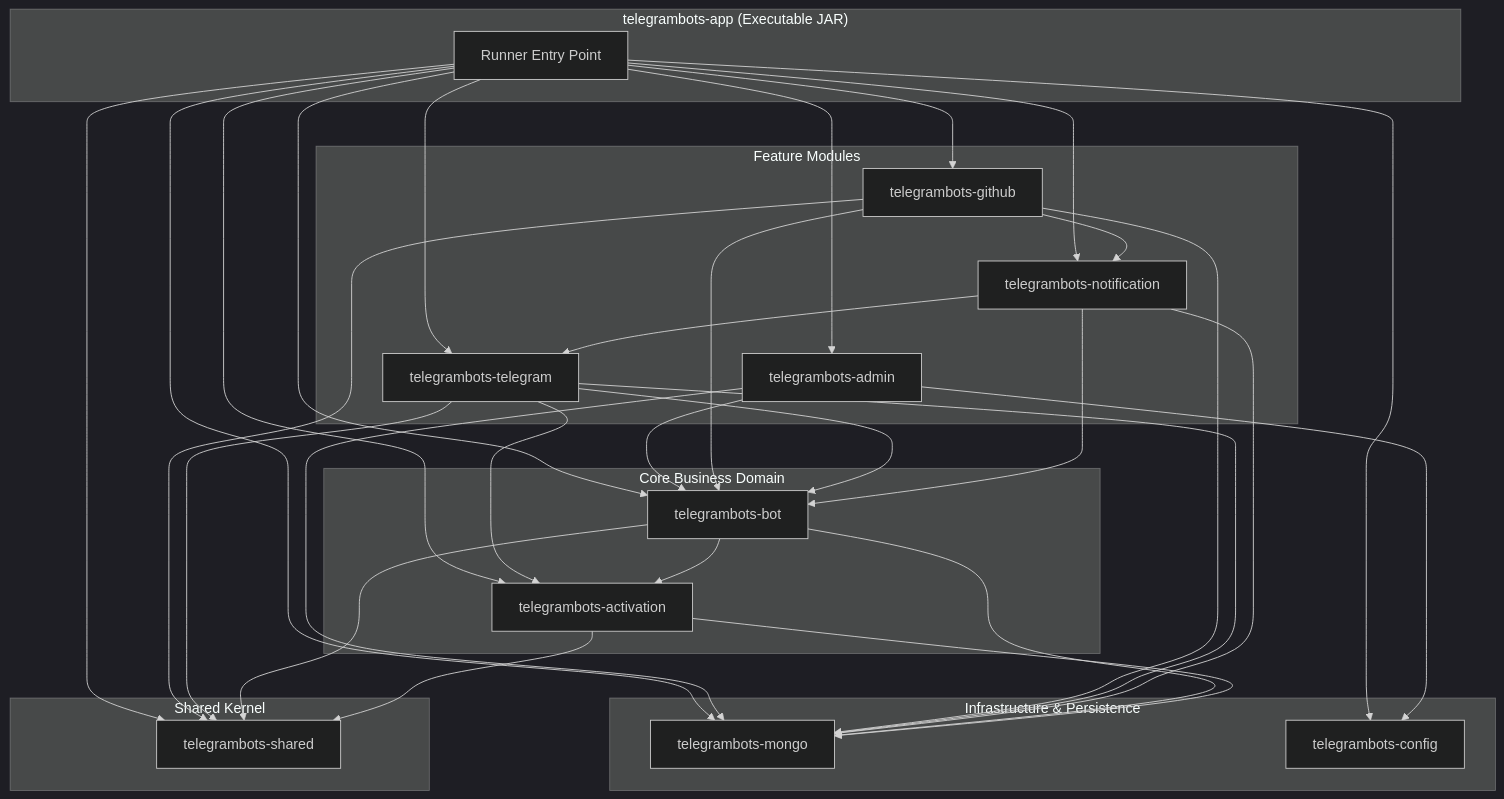
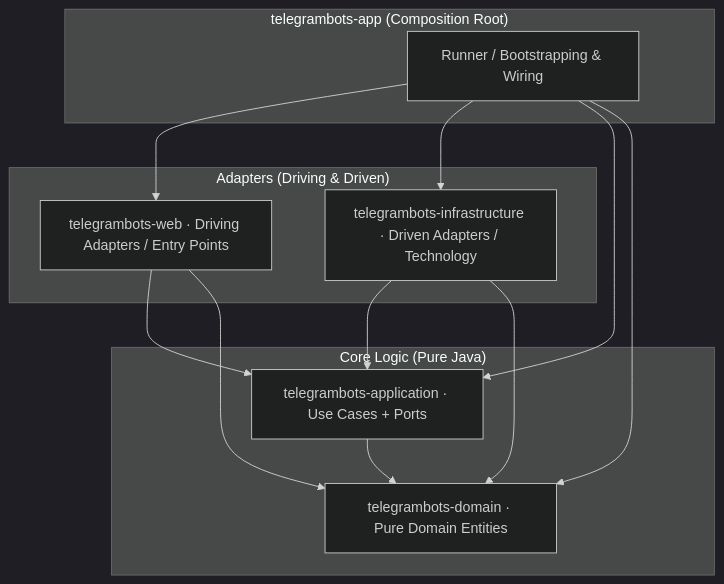
Before and after one commit to ldqanh1408/telegramsixsixsix: the second of 5 diagrams in docs/architecture/uml-design.md, drawn with Mermaid (dark theme). The commit also changed other lines of this file and 51 other files, not shown here.

Commit message:
Add steps for bot deletion and webhook management in the Telegram integration

````diff
--- a/docs/architecture/uml-design.md
+++ b/docs/architecture/uml-design.md
@@ -359,63 +359,30 @@
 ```mermaid
 graph TD
-    subgraph AppRunner["telegrambots-app (Executable JAR)"]
-        app[Runner Entry Point]
+    subgraph AppRunner["telegrambots-app (Composition Root)"]
+        app[Runner / Bootstrapping & Wiring]
     end
 
-    subgraph FeatureModules["Feature Modules"]
-        admin[telegrambots-admin]
-        github[telegrambots-github]
-        telegram[telegrambots-telegram]
-        notification[telegrambots-notification]
+    subgraph Adapters["Adapters (Driving & Driven)"]
+        web[telegrambots-web · Driving Adapters / Entry Points]
+        infra[telegrambots-infrastructure · Driven Adapters / Technology]
     end
 
-    subgraph CoreBusiness["Core Business Domain"]
-        bot[telegrambots-bot]
-        activation[telegrambots-activation]
-    end
-
-    subgraph InfraPersistence["Infrastructure & Persistence"]
-        mongo[telegrambots-mongo]
-        config[telegrambots-config]
-    end
-
-    subgraph SharedKernel["Shared Kernel"]
-        shared[telegrambots-shared]
+    subgraph CoreBusiness["Core Logic (Pure Java)"]
+        application[telegrambots-application · Use Cases + Ports]
+        domain[telegrambots-domain · Pure Domain Entities]
     end
 
     %% Dependency lines
-    app --> admin
-    app --> github
-    app --> telegram
-    app --> notification
-    app --> bot
-    app --> activation
-    app --> mongo
-    app --> config
-    app --> shared
+    app --> web
+    app --> infra
+    app --> application
+    app --> domain
 
-    admin --> bot
-    admin --> mongo
-    admin --> config
+    web --> application
+    web --> domain
 
-    github --> bot
-    github --> notification
-    github --> shared
-    github --> mongo
+    infra --> application
+    infra --> domain
 
-    telegram --> bot
-    telegram --> activation
-    telegram --> shared
-    telegram --> mongo
-
-    notification --> bot
-    notification --> telegram
-    notification --> mongo
-
-    bot --> activation
-    bot --> shared
-    bot --> mongo
-
-    activation --> shared
-    activation --> mongo
+    application --> domain
 ```
````
